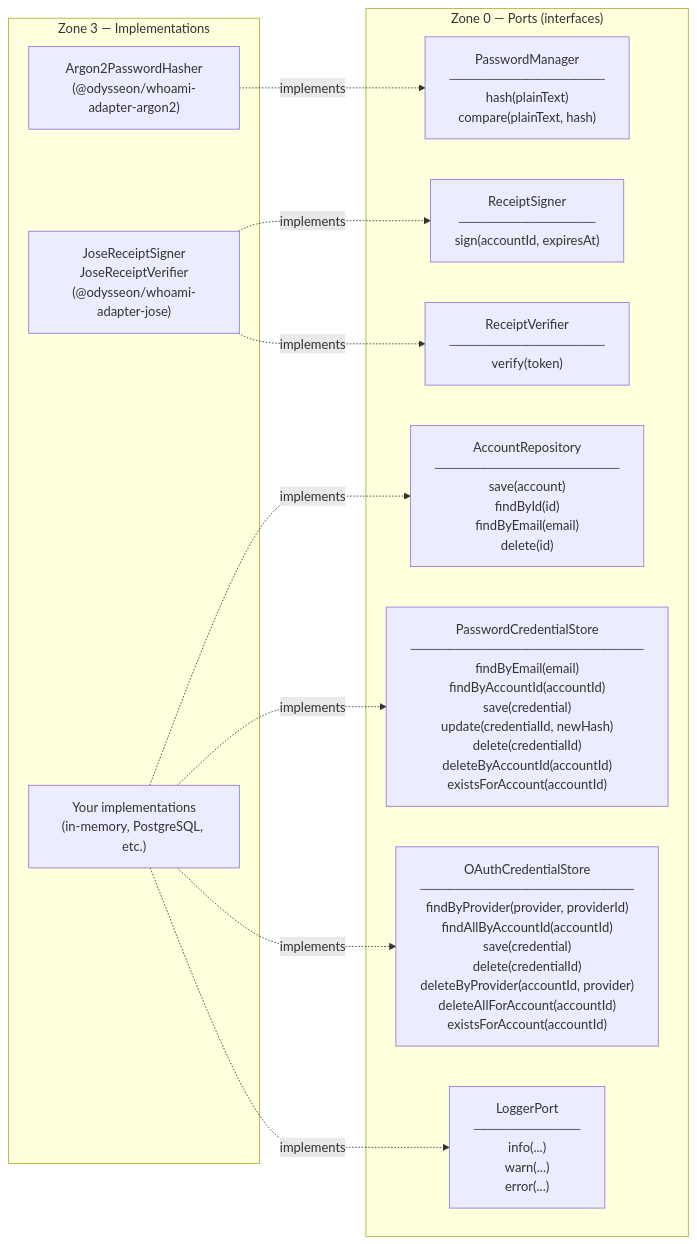
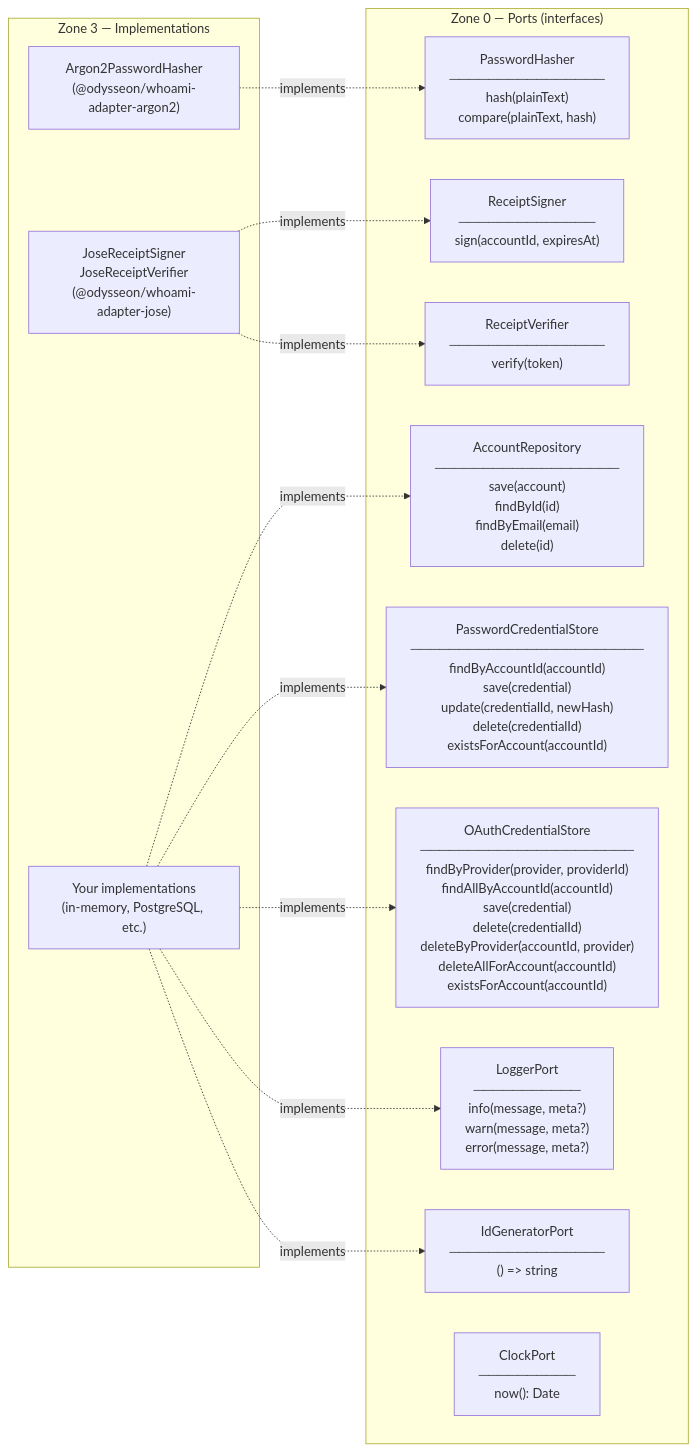
The third of 3 diagrams in docs/type-model.md (odysseon/whoami), drawn with Mermaid before and after one commit. The commit also changed other lines of this file and 5 other files, not shown here.

First line of the commit message:
docs: overhaul documentation to reflect pluggable module architecture

````diff
--- a/docs/type-model.md
+++ b/docs/type-model.md
@@ -145,26 +163,29 @@
 ```mermaid
 graph LR
     subgraph "Zone 0 — Ports (interfaces)"
         AR["AccountRepository\n───────────────────\nsave(account)\nfindById(id)\nfindByEmail(email)\ndelete(id)"]
-        PCS["PasswordCredentialStore\n────────────────────────\nfindByEmail(email)\nfindByAccountId(accountId)\nsave(credential)\nupdate(credentialId, newHash)\ndelete(credentialId)\ndeleteByAccountId(accountId)\nexistsForAccount(accountId)"]
+        PCS["PasswordCredentialStore\n────────────────────────\nfindByAccountId(accountId)\nsave(credential)\nupdate(credentialId, newHash)\ndelete(credentialId)\nexistsForAccount(accountId)"]
         OCS["OAuthCredentialStore\n──────────────────────\nfindByProvider(provider, providerId)\nfindAllByAccountId(accountId)\nsave(credential)\ndelete(credentialId)\ndeleteByProvider(accountId, provider)\ndeleteAllForAccount(accountId)\nexistsForAccount(accountId)"]
-        PM["PasswordManager\n────────────────\nhash(plainText)\ncompare(plainText, hash)"]
+        PH["PasswordHasher\n────────────────\nhash(plainText)\ncompare(plainText, hash)"]
         RS["ReceiptSigner\n──────────────\nsign(accountId, expiresAt)"]
         RV["ReceiptVerifier\n────────────────\nverify(token)"]
-        LP["LoggerPort\n───────────\ninfo(...)\nwarn(...)\nerror(...)"]
+        LP["LoggerPort\n───────────\ninfo(message, meta?)\nwarn(message, meta?)\nerror(message, meta?)"]
+        IG["IdGeneratorPort\n────────────────\n() => string"]
+        CP["ClockPort\n──────────\nnow(): Date"]
     end
 
     subgraph "Zone 3 — Implementations"
         Argon2["Argon2PasswordHasher\n(@odysseon/whoami-adapter-argon2)"]
         Jose["JoseReceiptSigner\nJoseReceiptVerifier\n(@odysseon/whoami-adapter-jose)"]
         Yours["Your implementations\n(in-memory, PostgreSQL, etc.)"]
     end
 
-    Argon2 -.->|implements| PM
+    Argon2 -.->|implements| PH
     Jose -.->|implements| RS
     Jose -.->|implements| RV
     Yours -.->|implements| AR
     Yours -.->|implements| PCS
     Yours -.->|implements| OCS
     Yours -.->|implements| LP
+    Yours -.->|implements| IG
 ```
````
